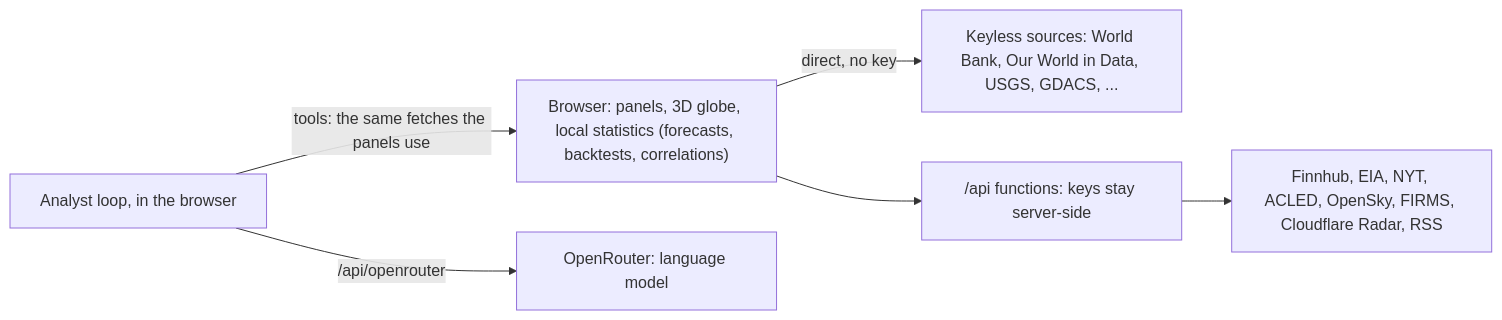
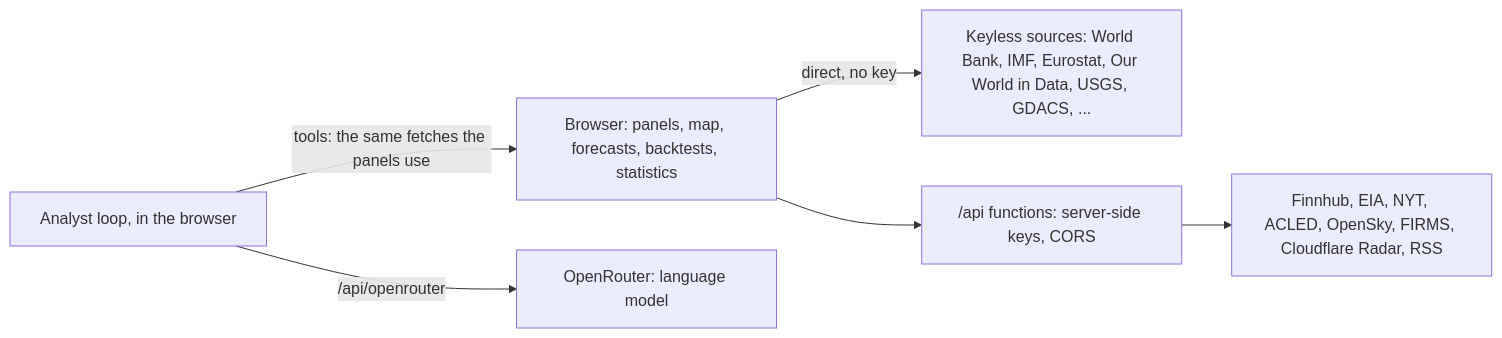
One commit to Max-1902/world-of-data changed the diagram in README.md. Above: the diagram before and after it, drawn with Mermaid. The commit also changed other lines of this file and 29 other files, not shown here.

First line of the commit message:
Docs and cleanup: README and ARCHITECTURE rewritten for World of Data, light-theme screenshots, co-movement matrix fixes

````diff
--- a/README.md
+++ b/README.md
@@ -26,13 +59,13 @@
 ```mermaid
 flowchart LR
-  UI["Browser: panels, 3D globe, local statistics (forecasts, backtests, correlations)"]
+  UI["Browser: panels, map, forecasts, backtests, statistics"]
   AG["Analyst loop, in the browser"]
-  FREE["Keyless sources: World Bank, Our World in Data, USGS, GDACS, ..."]
-  PX["/api functions: keys stay server-side"]
+  FREE["Keyless sources: World Bank, IMF, Eurostat, Our World in Data, USGS, GDACS, ..."]
+  PX["/api functions: server-side keys, CORS"]
   KEYED["Finnhub, EIA, NYT, ACLED, OpenSky, FIRMS, Cloudflare Radar, RSS"]
   LLM["OpenRouter: language model"]
   UI -->|"direct, no key"| FREE
   UI --> PX --> KEYED
   AG -->|"tools: the same fetches the panels use"| UI
   AG -->|"/api/openrouter"| LLM
 ```
````
